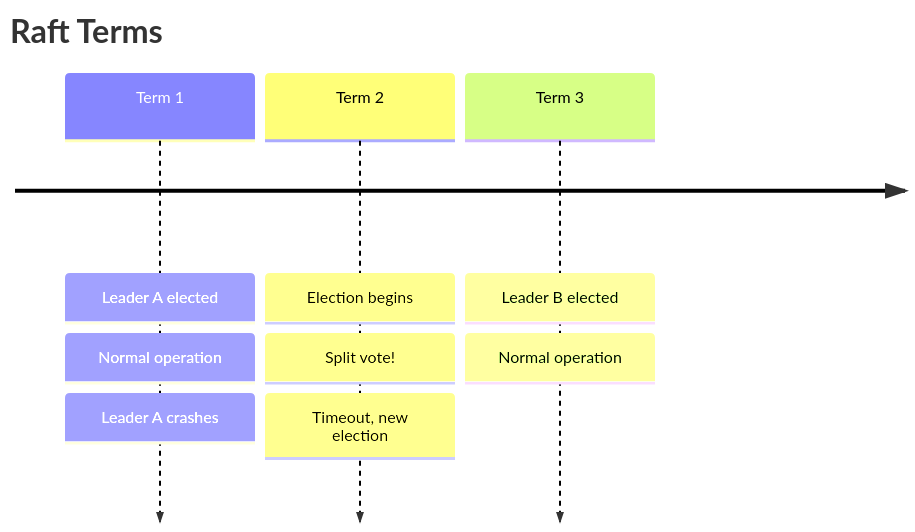
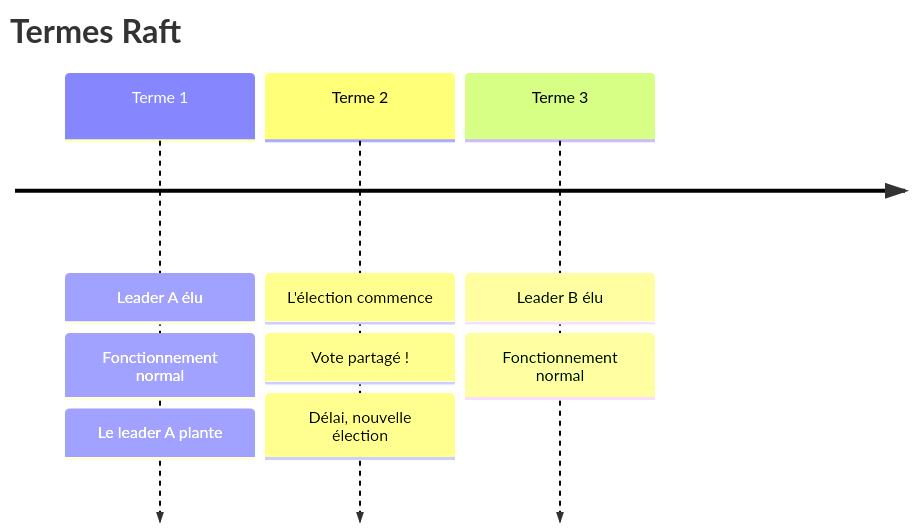
Before and after one commit to dardourimohamed/distributed-systems-course: the third of 10 diagrams in src/consensus/12-raft-algorithm.md, drawn with Mermaid. The commit also changed other lines of this file and 38 other files, not shown here.

````diff
--- a/src/consensus/12-raft-algorithm.md
+++ b/src/consensus/12-raft-algorithm.md
@@ -133,14 +136,14 @@
 ```mermaid
 timeline
-    title Raft Terms
-    Term 1 : Leader A elected
-           : Normal operation
-           : Leader A crashes
+    title Termes Raft
+    Terme 1 : Leader A élu
+           : Fonctionnement normal
+           : Le leader A plante
 
-    Term 2 : Election begins
-           : Split vote!
-           : Timeout, new election
+    Terme 2 : L'élection commence
+           : Vote partagé !
+           : Délai, nouvelle élection
 
-    Term 3 : Leader B elected
-           : Normal operation
+    Terme 3 : Leader B élu
+           : Fonctionnement normal
 ```
````
